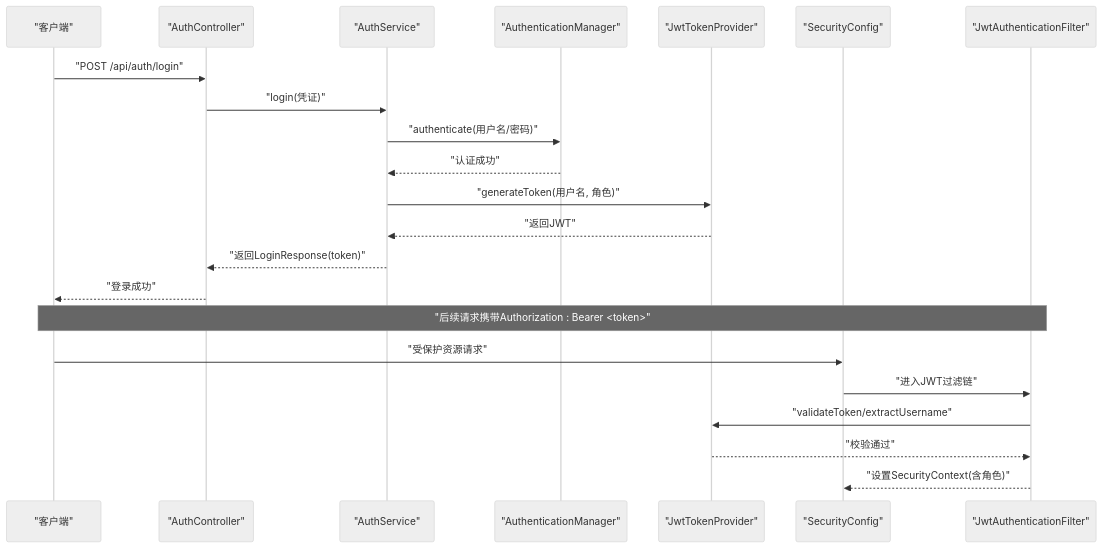
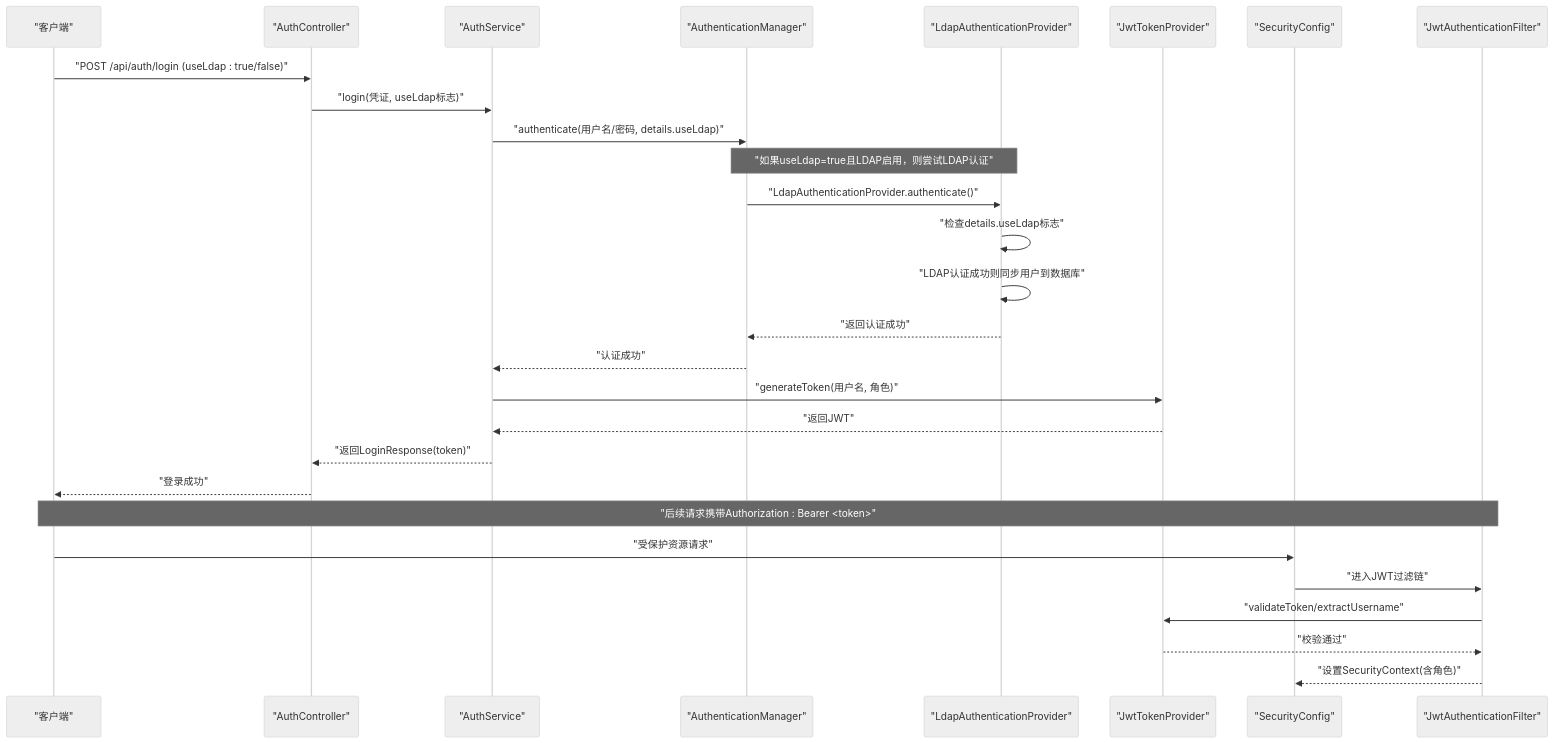
One commit to zzjxmy/mysql-risk-filed-check changed the second of 10 diagrams in .qoder/repowiki/zh/content/安全与认证/安全与认证.md. Above: the diagram before and after it, drawn with Mermaid (neutral theme). The commit also changed other lines of this file and 8 other files, not shown here.

````diff
--- a/.qoder/repowiki/zh/content/安全与认证/安全与认证.md
+++ b/.qoder/repowiki/zh/content/安全与认证/安全与认证.md
@@ -131,24 +155,30 @@
 ```mermaid
 sequenceDiagram
 participant Client as "客户端"
 participant AC as "AuthController"
 participant AS as "AuthService"
 participant AM as "AuthenticationManager"
+participant LAP as "LdapAuthenticationProvider"
 participant JT as "JwtTokenProvider"
 participant SC as "SecurityConfig"
 participant JAF as "JwtAuthenticationFilter"
-Client->>AC : "POST /api/auth/login"
-AC->>AS : "login(凭证)"
-AS->>AM : "authenticate(用户名/密码)"
+Client->>AC : "POST /api/auth/login (useLdap : true/false)"
+AC->>AS : "login(凭证, useLdap标志)"
+AS->>AM : "authenticate(用户名/密码, details.useLdap)"
+Note over AM,LAP : "如果useLdap=true且LDAP启用，则尝试LDAP认证"
+AM->>LAP : "LdapAuthenticationProvider.authenticate()"
+LAP->>LAP : "检查details.useLdap标志"
+LAP->>LAP : "LDAP认证成功则同步用户到数据库"
+LAP-->>AM : "返回认证成功"
 AM-->>AS : "认证成功"
 AS->>JT : "generateToken(用户名, 角色)"
 JT-->>AS : "返回JWT"
 AS-->>AC : "返回LoginResponse(token)"
 AC-->>Client : "登录成功"
 Note over Client,JAF : "后续请求携带Authorization : Bearer <token>"
 Client->>SC : "受保护资源请求"
 SC->>JAF : "进入JWT过滤链"
 JAF->>JT : "validateToken/extractUsername"
 JT-->>JAF : "校验通过"
 JAF-->>SC : "设置SecurityContext(含角色)"
 ```
````
